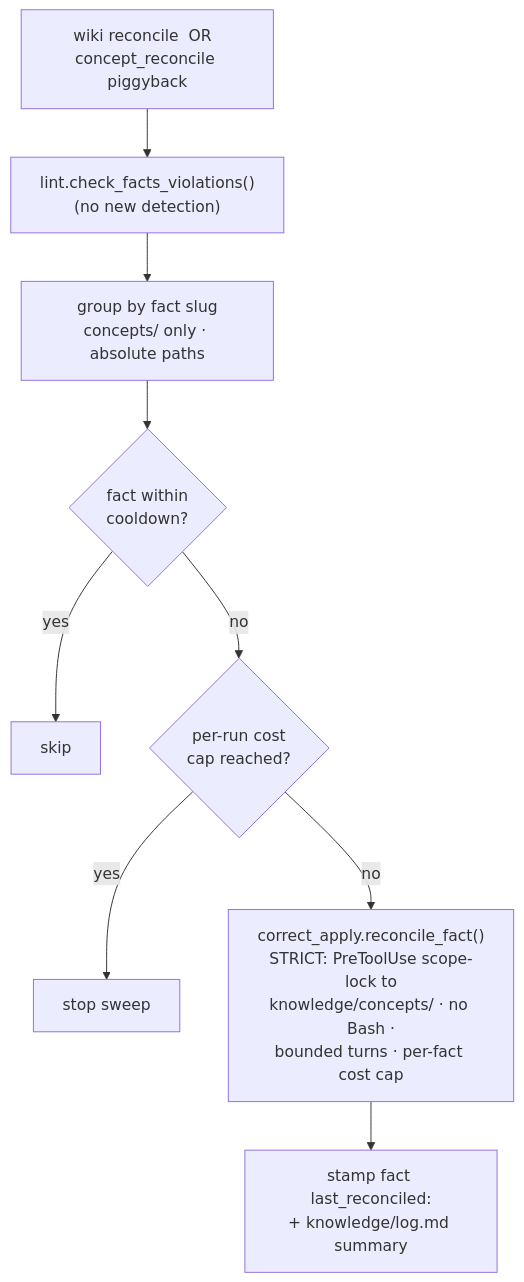
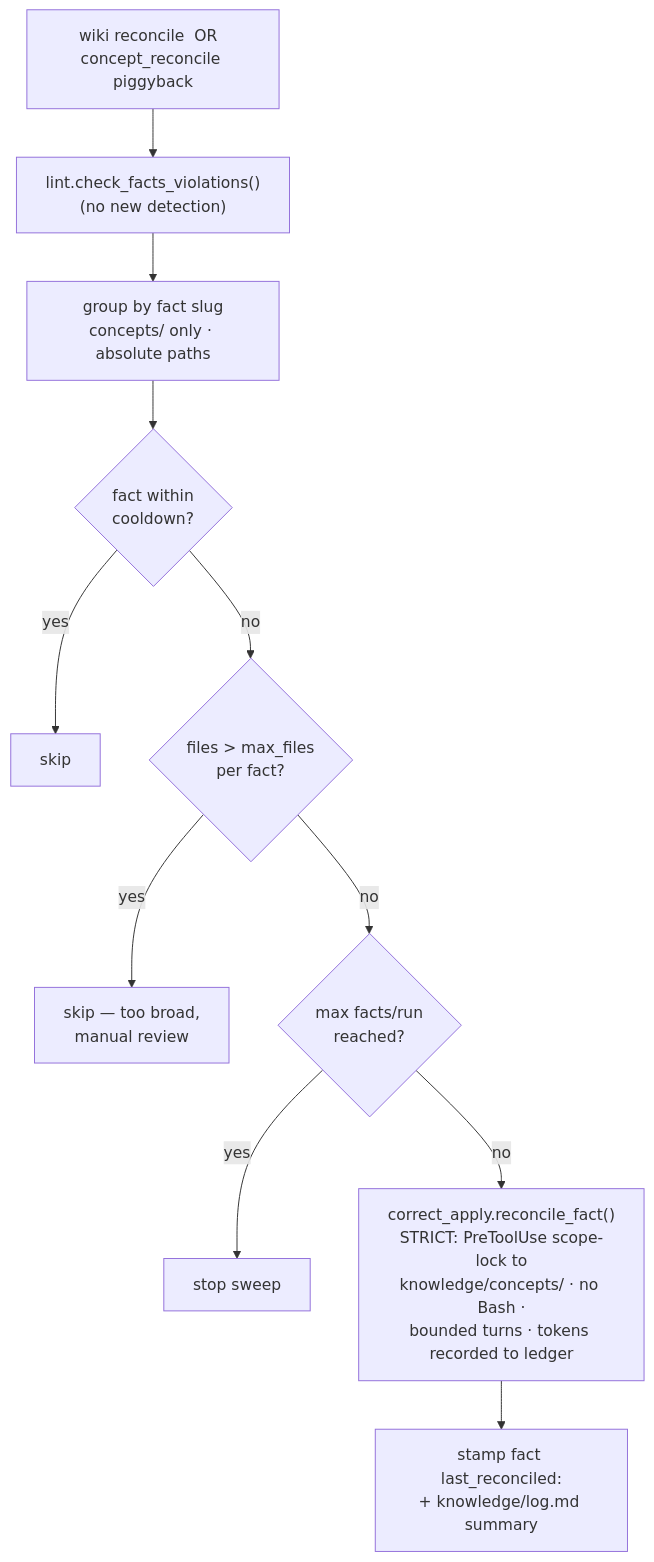
Before and after one commit to lx-0/llm-wiki: diagram 11 of 13 in docs/PROCESS.md, drawn with Mermaid. The commit also changed other lines of this file and 3 other files, not shown here.

````diff
--- a/docs/PROCESS.md
+++ b/docs/PROCESS.md
@@ -1205,11 +1206,13 @@
 ```mermaid
 flowchart TD
     TRIG["wiki reconcile  OR  concept_reconcile piggyback"] --> SIG["lint.check_facts_violations()<br/>(no new detection)"]
     SIG --> GRP["group by fact slug<br/>concepts/ only · absolute paths"]
     GRP --> COOL{"fact within<br/>cooldown?"}
     COOL -->|yes| SKIP["skip"]
-    COOL -->|no| CAP{"per-run cost<br/>cap reached?"}
+    COOL -->|no| BROAD{"files &gt; max_files<br/>per fact?"}
+    BROAD -->|yes| MANUAL["skip — too broad,<br/>manual review"]
+    BROAD -->|no| CAP{"max facts/run<br/>reached?"}
     CAP -->|yes| STOP["stop sweep"]
-    CAP -->|no| REC["correct_apply.reconcile_fact()<br/>STRICT: PreToolUse scope-lock to<br/>knowledge/concepts/ · no Bash ·<br/>bounded turns · per-fact cost cap"]
+    CAP -->|no| REC["correct_apply.reconcile_fact()<br/>STRICT: PreToolUse scope-lock to<br/>knowledge/concepts/ · no Bash ·<br/>bounded turns · tokens recorded to ledger"]
     REC --> STAMP["stamp fact last_reconciled:<br/>+ knowledge/log.md summary"]
 ```
````
